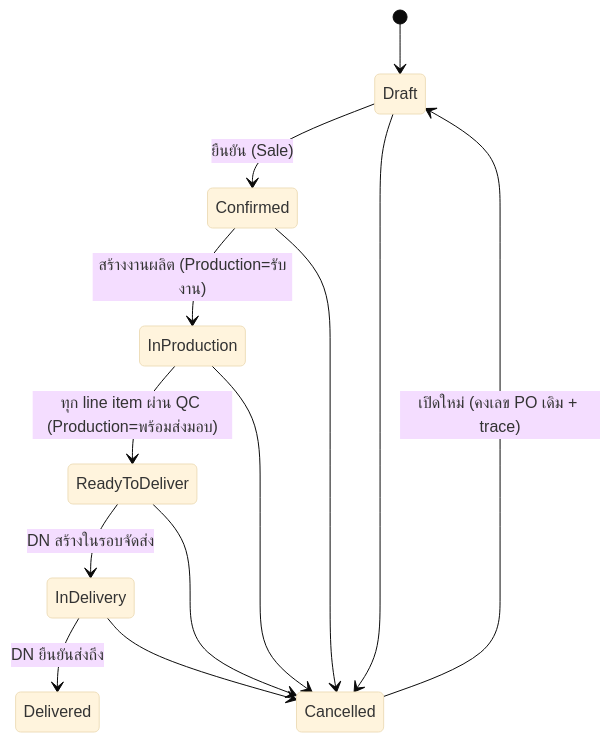
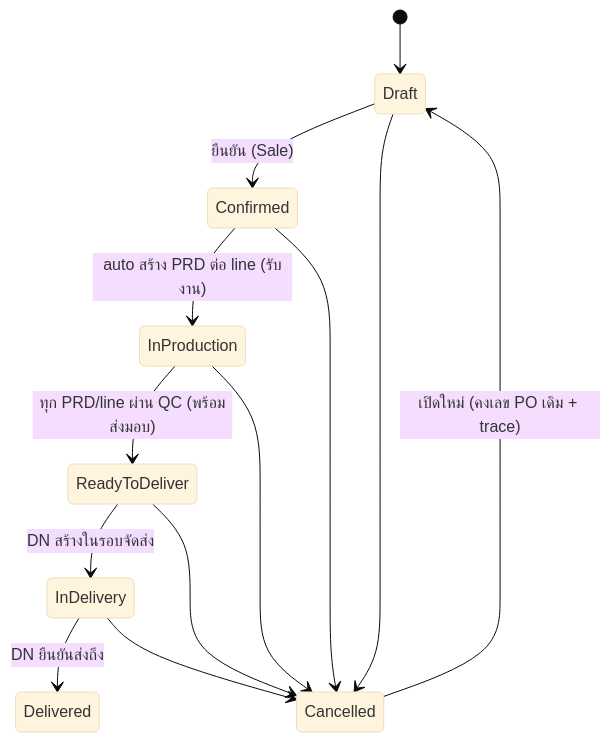
The second of 7 diagrams in docs/requirements/erp-v2-ui-first/status-journeys.md (sitthi-phat/erp-cosmetics-manufacturing-module), drawn with Mermaid (base theme) before and after one commit. The commit also changed other lines of this file and 2 other files, not shown here.

````diff
--- a/docs/requirements/erp-v2-ui-first/status-journeys.md
+++ b/docs/requirements/erp-v2-ui-first/status-journeys.md
@@ -56,15 +56,15 @@
 ```mermaid
 stateDiagram-v2
     [*] --> Draft
     Draft --> Confirmed: ยืนยัน (Sale)
-    Confirmed --> InProduction: สร้างงานผลิต (Production=รับงาน)
-    InProduction --> ReadyToDeliver: ทุก line item ผ่าน QC (Production=พร้อมส่งมอบ)
+    Confirmed --> InProduction: auto สร้าง PRD ต่อ line (รับงาน)
+    InProduction --> ReadyToDeliver: ทุก PRD/line ผ่าน QC (พร้อมส่งมอบ)
     ReadyToDeliver --> InDelivery: DN สร้างในรอบจัดส่ง
     InDelivery --> Delivered: DN ยืนยันส่งถึง
     Draft --> Cancelled
     Confirmed --> Cancelled
     InProduction --> Cancelled
     ReadyToDeliver --> Cancelled
     InDelivery --> Cancelled
     Cancelled --> Draft: เปิดใหม่ (คงเลข PO เดิม + trace)
 ```
````
